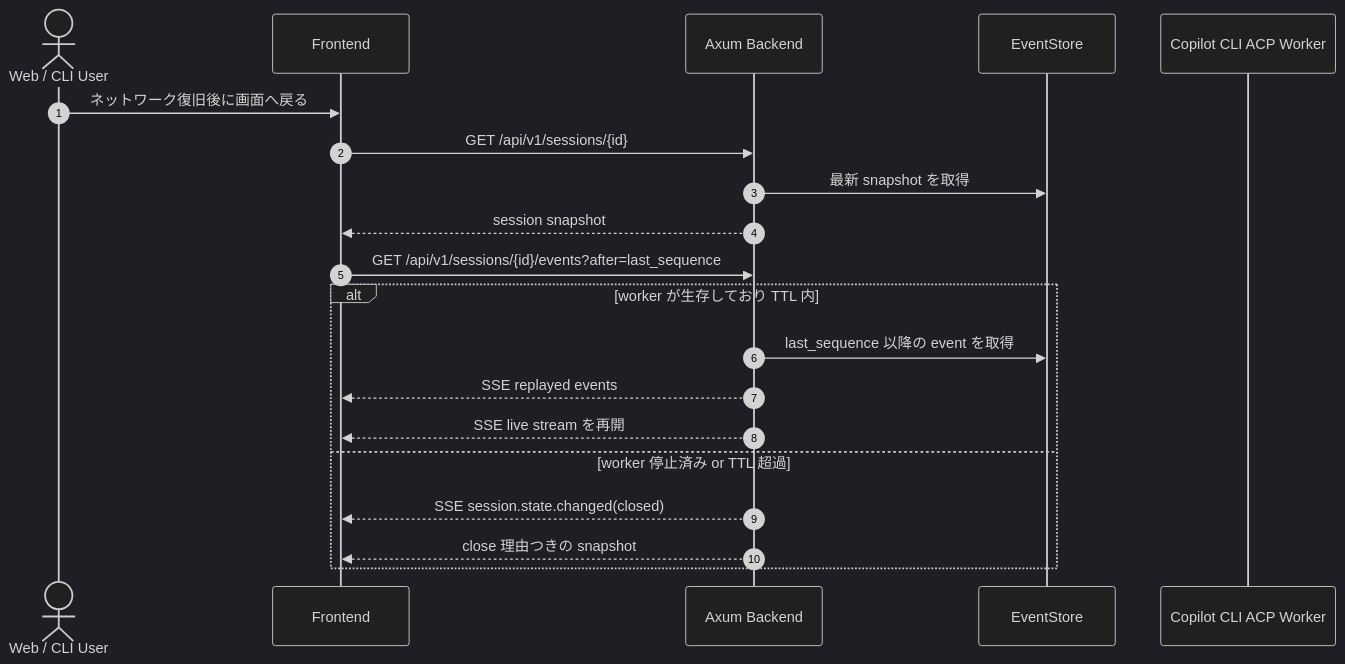
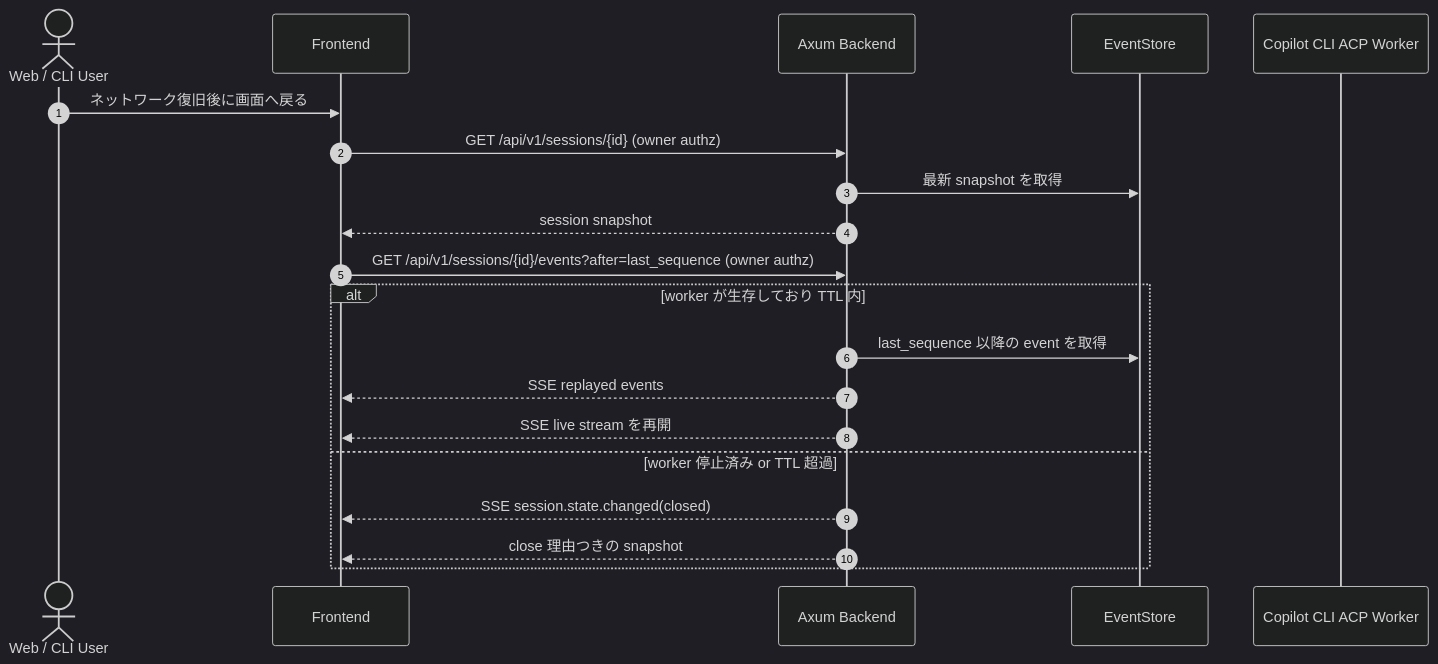
The eighth of 12 diagrams in docs/explanation/acp-web-cli-architecture.md (chalharu/copilot-sandbox-container), drawn with Mermaid (dark theme) before and after one commit. The commit also changed other lines of this file, not shown here.

````diff
--- a/docs/explanation/acp-web-cli-architecture.md
+++ b/docs/explanation/acp-web-cli-architecture.md
@@ -441,24 +487,24 @@
 ```mermaid
 sequenceDiagram
     autonumber
     actor User as Web / CLI User
     participant Frontend as Frontend
     participant Backend as Axum Backend
     participant EventStore as EventStore
     participant Worker as Copilot CLI ACP Worker
 
     User->>Frontend: ネットワーク復旧後に画面へ戻る
-    Frontend->>Backend: GET /api/v1/sessions/{id}
+    Frontend->>Backend: GET /api/v1/sessions/{id} (owner authz)
     Backend->>EventStore: 最新 snapshot を取得
     Backend-->>Frontend: session snapshot
-    Frontend->>Backend: GET /api/v1/sessions/{id}/events?after=last_sequence
+    Frontend->>Backend: GET /api/v1/sessions/{id}/events?after=last_sequence (owner authz)
 
     alt worker が生存しており TTL 内
         Backend->>EventStore: last_sequence 以降の event を取得
         Backend-->>Frontend: SSE replayed events
         Backend-->>Frontend: SSE live stream を再開
     else worker 停止済み or TTL 超過
         Backend-->>Frontend: SSE session.state.changed(closed)
         Backend-->>Frontend: close 理由つきの snapshot
     end
 ```
````
